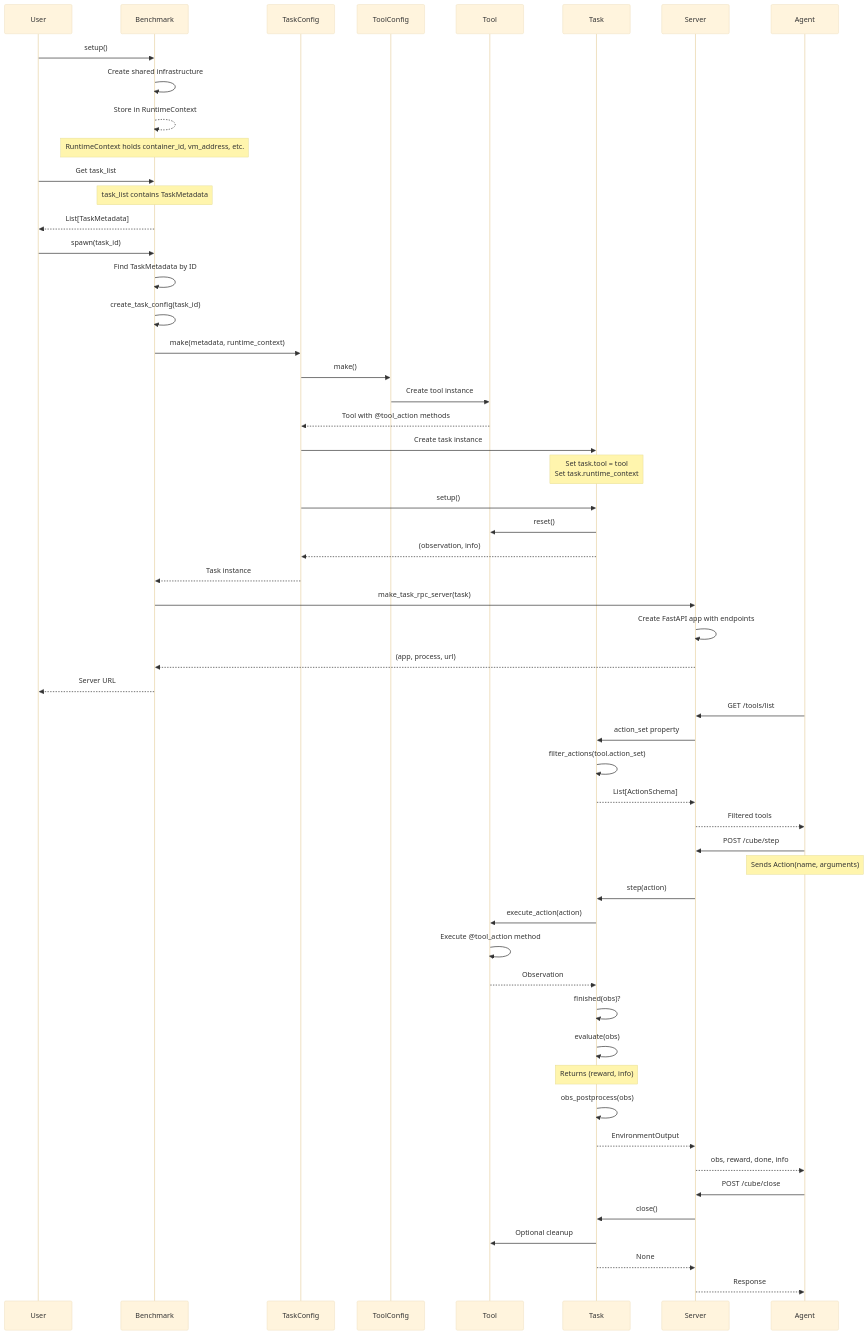
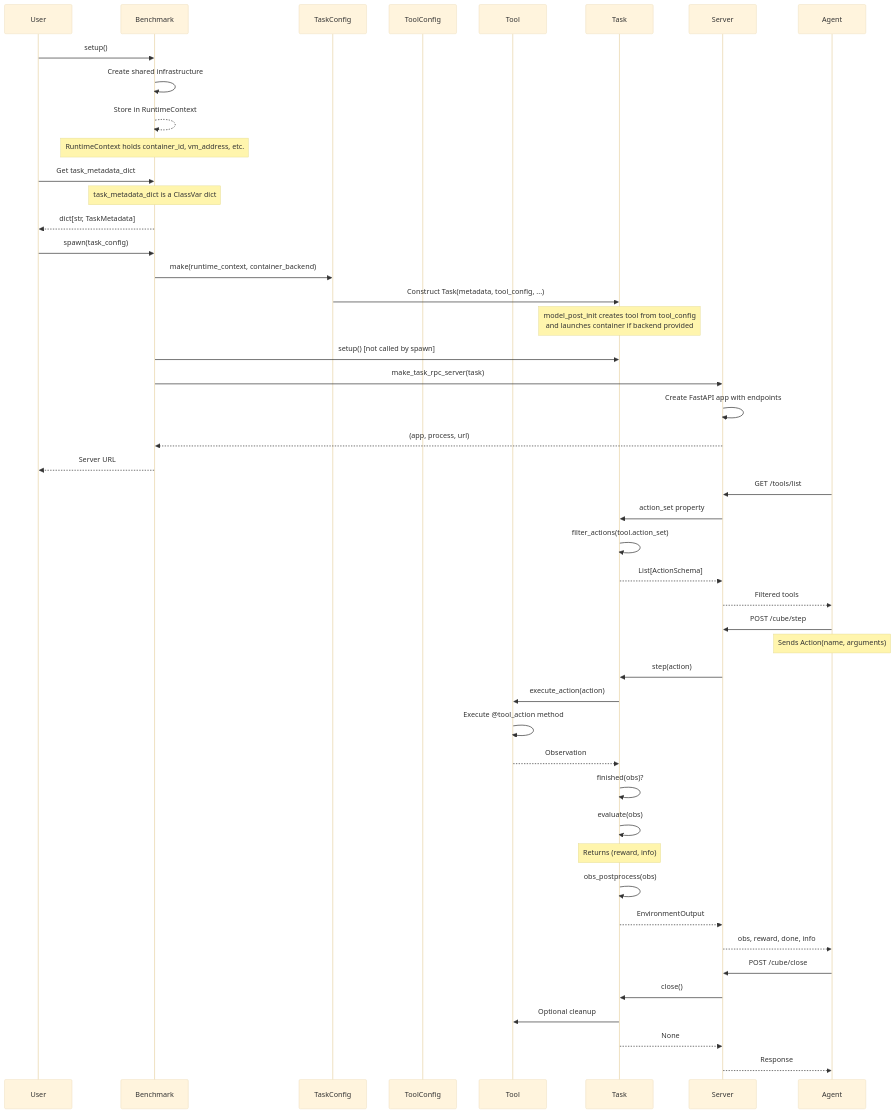
One commit to The-AI-Alliance/cube-standard changed the second of 4 diagrams in architecture-diagram.md. Above: the diagram before and after it, drawn with Mermaid (base theme). The commit also changed other lines of this file and 4 other files, not shown here.

````diff
--- a/architecture-diagram.md
+++ b/architecture-diagram.md
@@ -67,74 +67,66 @@
 ```mermaid
 sequenceDiagram
     participant User
     participant Benchmark
     participant TaskConfig
     participant ToolConfig
     participant Tool
     participant Task
     participant Server
     participant Agent
 
     %% Setup Phase
     User->>Benchmark: setup()
     Benchmark->>Benchmark: Create shared infrastructure
     Benchmark-->>Benchmark: Store in RuntimeContext
     Note over Benchmark: RuntimeContext holds container_id, vm_address, etc.
 
     %% Get Task Metadata
-    User->>Benchmark: Get task_list
-    Note over Benchmark: task_list contains TaskMetadata
-    Benchmark-->>User: List[TaskMetadata]
+    User->>Benchmark: Get task_metadata_dict
+    Note over Benchmark: task_metadata_dict is a ClassVar dict
+    Benchmark-->>User: dict[str, TaskMetadata]
 
     %% Spawning a Task Server
-    User->>Benchmark: spawn(task_id)
-    Benchmark->>Benchmark: Find TaskMetadata by ID
-    Benchmark->>Benchmark: create_task_config(task_id)
-    Benchmark->>TaskConfig: make(metadata, runtime_context)
+    User->>Benchmark: spawn(task_config)
+    Benchmark->>TaskConfig: make(runtime_context, container_backend)
 
-    %% Create Tool
-    TaskConfig->>ToolConfig: make()
-    ToolConfig->>Tool: Create tool instance
-    Tool-->>TaskConfig: Tool with @tool_action methods
+    %% Create Tool & Container
+    TaskConfig->>Task: Construct Task(metadata, tool_config, ...)
+    Note over Task: model_post_init creates tool from tool_config<br/>and launches container if backend provided
 
-    %% Create Task
-    TaskConfig->>Task: Create task instance
-    Note over Task: Set task.tool = tool<br/>Set task.runtime_context
-    TaskConfig->>Task: setup()
-    Task->>Tool: reset()
-    Task-->>TaskConfig: (observation, info)
-    TaskConfig-->>Benchmark: Task instance
+    %% Create Server
+    Benchmark->>Task: setup() [not called by spawn]
 
     %% Create Server
     Benchmark->>Server: make_task_rpc_server(task)
     Server->>Server: Create FastAPI app with endpoints
     Server-->>Benchmark: (app, process, url)
     Benchmark-->>User: Server URL
 
     %% Task Execution Loop
     Agent->>Server: GET /tools/list
     Server->>Task: action_set property
     Task->>Task: filter_actions(tool.action_set)
     Task-->>Server: List[ActionSchema]
     Server-->>Agent: Filtered tools
 
     Agent->>Server: POST /cube/step
     Note over Agent: Sends Action(name, arguments)
     Server->>Task: step(action)
     Task->>Tool: execute_action(action)
     Tool->>Tool: Execute @tool_action method
     Tool-->>Task: Observation
     Task->>Task: finished(obs)?
     Task->>Task: evaluate(obs)
     Note over Task: Returns (reward, info)
     Task->>Task: obs_postprocess(obs)
     Task-->>Server: EnvironmentOutput
     Server-->>Agent: obs, reward, done, info
 
     %% Cleanup
     Agent->>Server: POST /cube/close
     Server->>Task: close()
     Task->>Tool: Optional cleanup
     Task-->>Server: None
     Server-->>Agent: Response
 ```
````
